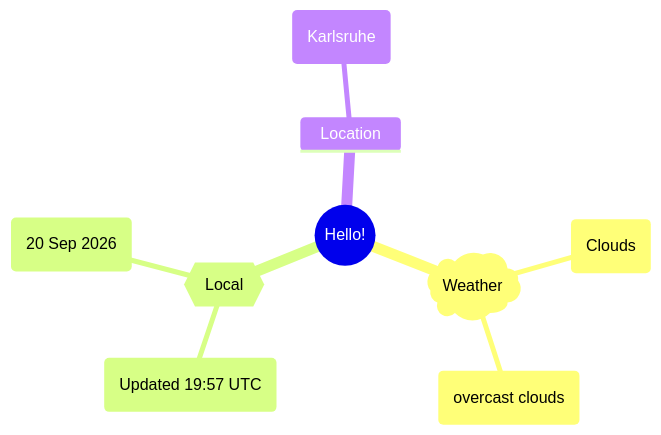
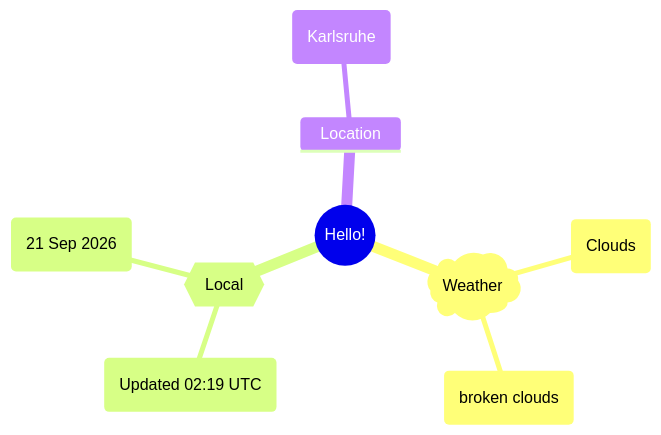
Before and after one commit to Xosrov/Xosrov: the first of 2 diagrams in README.md, drawn with Mermaid.

Commit message:
[bot] updated images

````diff
--- a/README.md
+++ b/README.md
@@ -3,12 +3,12 @@
 ```mermaid
 mindmap
   root((Hello!))
     )Weather(
         (Clouds)
-        (overcast clouds)
+        (broken clouds)
     {{Local}}
-        (Updated 19:57 UTC)
-        (20 Sep 2026)
+        (Updated 02:19 UTC)
+        (21 Sep 2026)
     Location
         (Karlsruhe)
 ```
````
